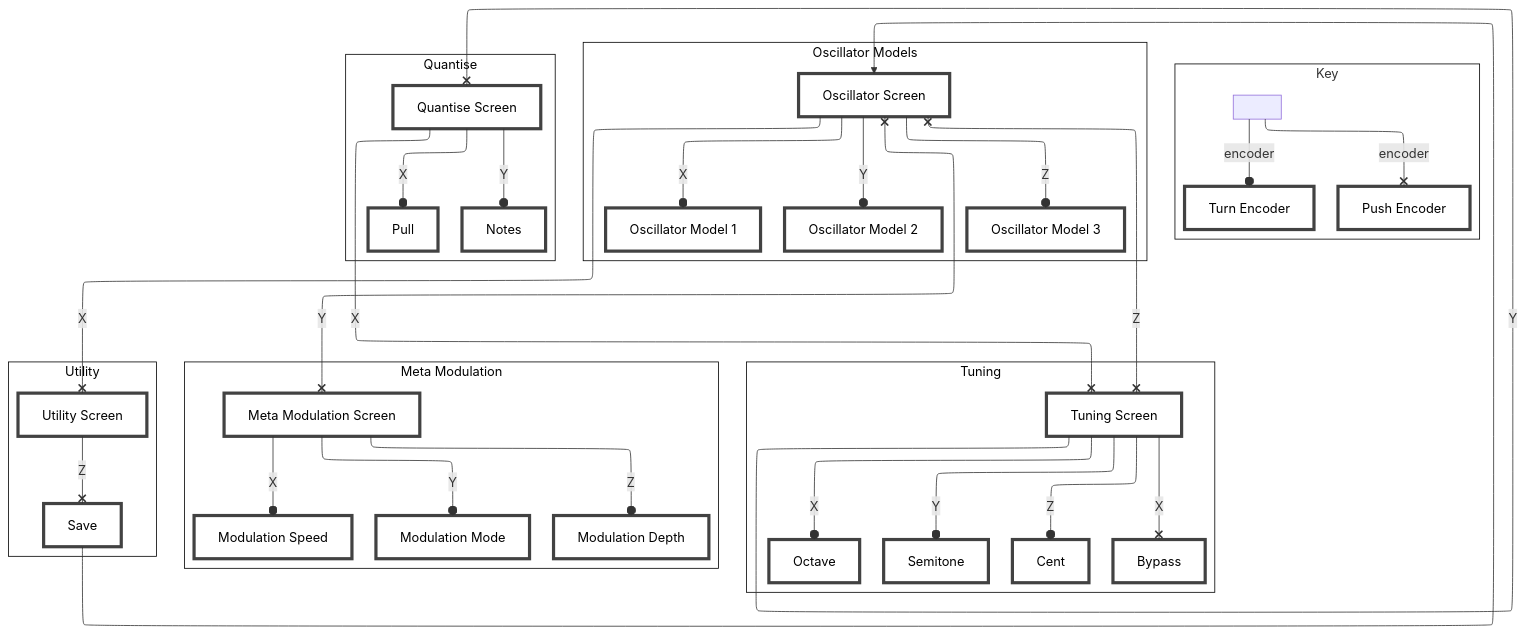
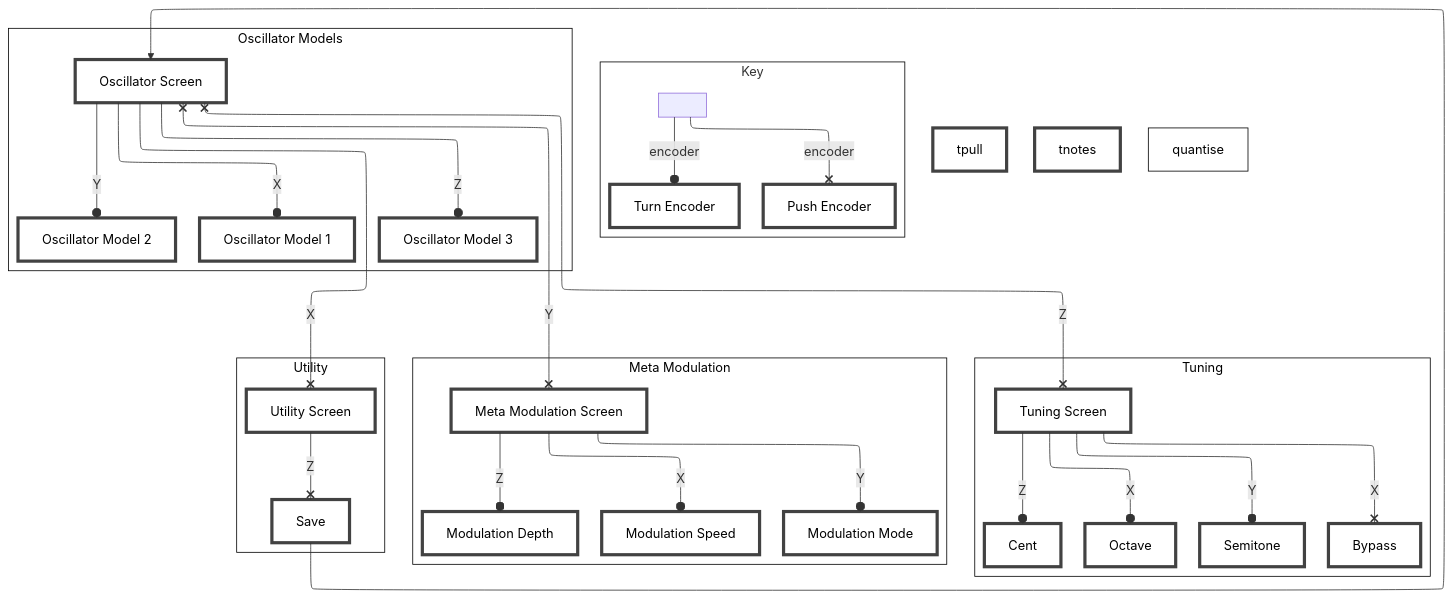
Before and after one commit to Emute-Lab-Instruments/www.eli: the second of 2 diagrams in _pages/myriad/playersguide.md, drawn with Mermaid. The commit also changed other lines of this file and 43 other files, not shown here.

```diff
--- a/_pages/myriad/playersguide.md
+++ b/_pages/myriad/playersguide.md
@@ -173,12 +172,6 @@
         modmode["Modulation Mode"]
         modd["Modulation Depth"]
   end
- subgraph quantise["Quantise"]
-    direction TB
-        quan["Quantise Screen"]
-        tpull["Pull"]
-        tnotes["Notes"]
-  end
  subgraph utility["Utility"]
         util["Utility Screen"]
         save["Save"]
@@ -191,10 +184,6 @@
     tun -- Y --o tsemi
     tun -- Z --o tcent
     tun -- X --x pbypass
-    tun -- Y ----x quan
-    quan -- X --x tun
-    quan -- X --o tpull
-    quan -- Y --o tnotes
     A -- X --o osc1
     A -- Y --o osc2
     A -- Z --o osc3
@@ -219,7 +208,6 @@
      B:::defc
      modmode:::defc
      modd:::defc
-     quan:::defc
      tpull:::defc
      tnotes:::defc
      util:::defc
```
